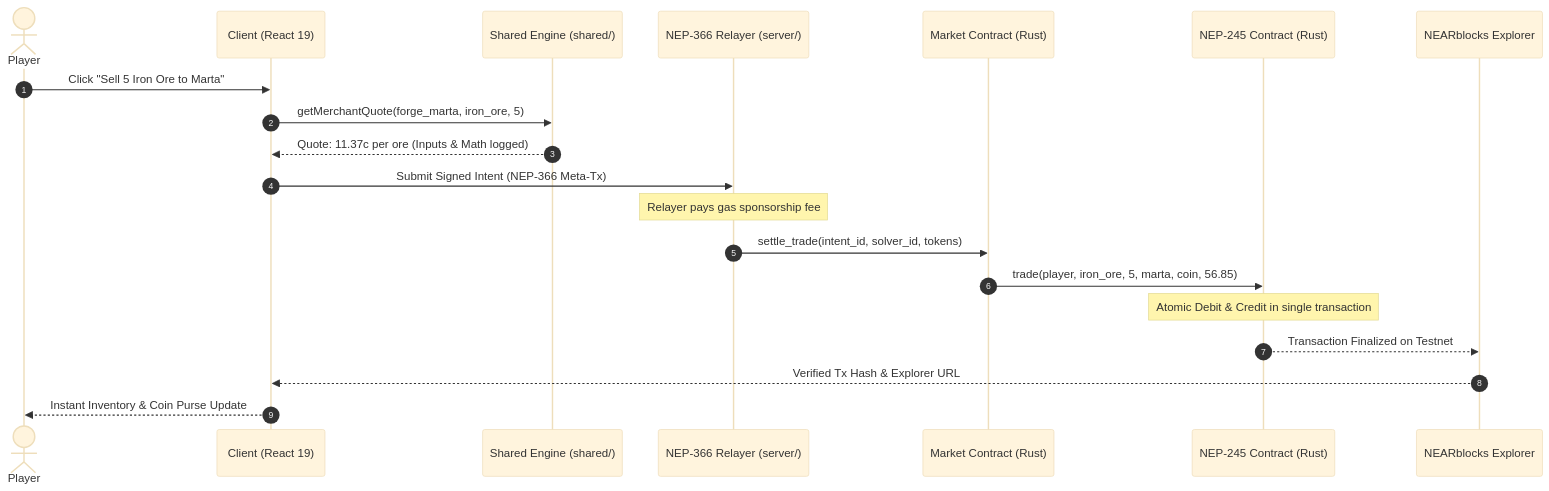
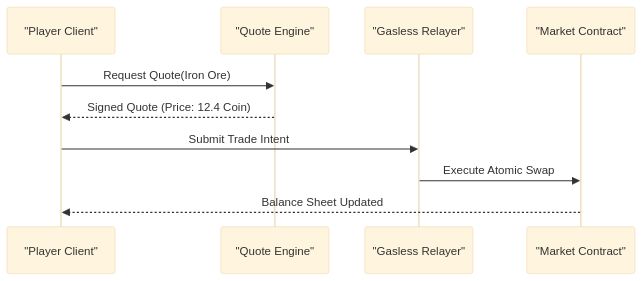
One commit to harshithGowda735/Hollow-Harbor changed the second of 2 diagrams in README.md. Above: the diagram before and after it, drawn with Mermaid (base theme). The commit also changed other lines of this file and 12 other files, not shown here.

````diff
--- a/README.md
+++ b/README.md
@@ -106,23 +147,13 @@
 ```mermaid
 sequenceDiagram
-    autonumber
-    actor Player
-    participant Client as Client (React 19)
-    participant Engine as Shared Engine (shared/)
-    participant Relayer as NEP-366 Relayer (server/)
-    participant Market as Market Contract (Rust)
-    participant Items as NEP-245 Contract (Rust)
-    participant Chain as NEARblocks Explorer
+    participant Player as "Player Client"
+    participant Engine as "Quote Engine"
+    participant Relayer as "Gasless Relayer"
+    participant Market as "Market Contract"
 
-    Player->>Client: Click "Sell 5 Iron Ore to Marta"
-    Client->>Engine: getMerchantQuote(forge_marta, iron_ore, 5)
-    Engine-->>Client: Quote: 11.37c per ore (Inputs & Math logged)
-    Client->>Relayer: Submit Signed Intent (NEP-366 Meta-Tx)
-    Note over Relayer: Relayer pays gas sponsorship fee
-    Relayer->>Market: settle_trade(intent_id, solver_id, tokens)
-    Market->>Items: trade(player, iron_ore, 5, marta, coin, 56.85)
-    Note over Items: Atomic Debit & Credit in single transaction
-    Items-->>Chain: Transaction Finalized on Testnet
-    Chain-->>Client: Verified Tx Hash & Explorer URL
-    Client-->>Player: Instant Inventory & Coin Purse Update
+    Player->>Engine: Request Quote(Iron Ore)
+    Engine-->>Player: Signed Quote (Price: 12.4 Coin)
+    Player->>Relayer: Submit Trade Intent
+    Relayer->>Market: Execute Atomic Swap
+    Market-->>Player: Balance Sheet Updated
 ```
````
